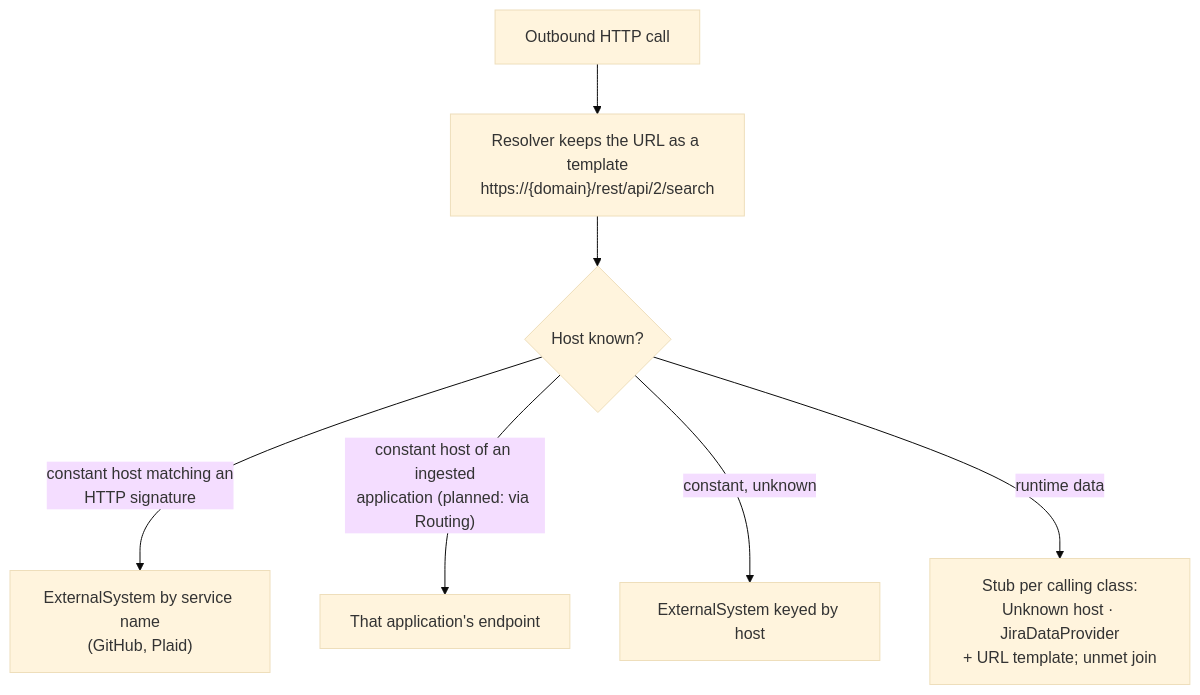
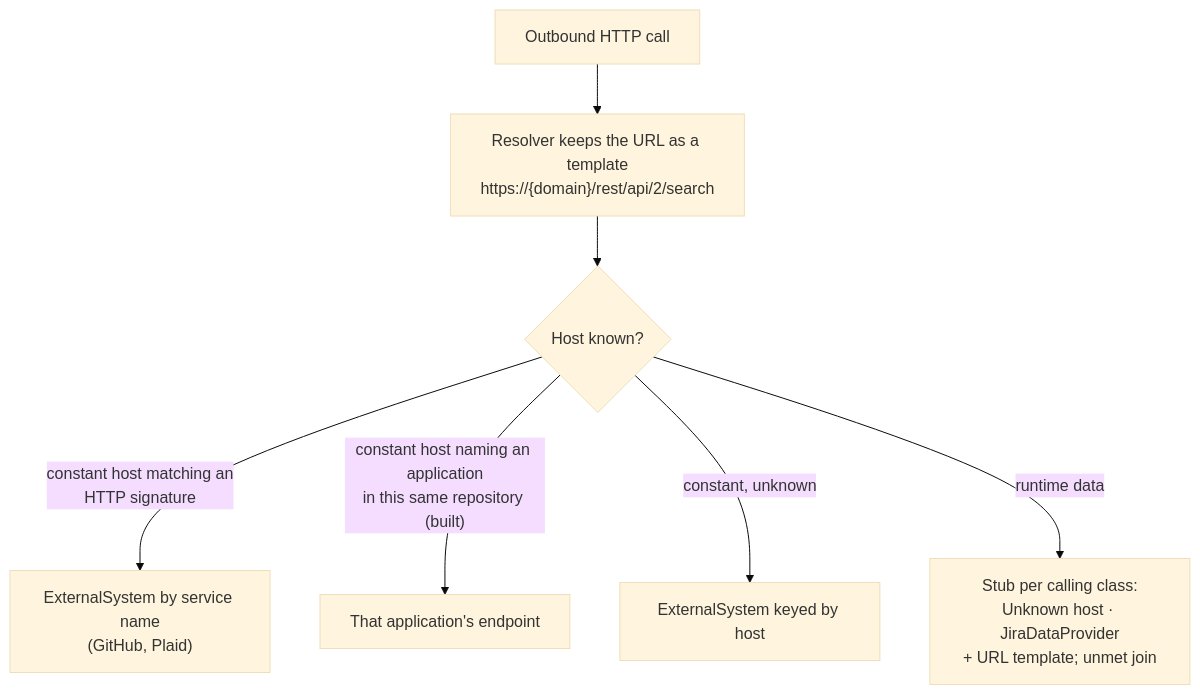
The second of 3 diagrams in docs/how-it-works/ingestion/joins.md (KBavis/steno), drawn with Mermaid (base theme) before and after one commit. The commit also changed other lines of this file and 2 other files, not shown here.

````diff
--- a/docs/how-it-works/ingestion/joins.md
+++ b/docs/how-it-works/ingestion/joins.md
@@ -49,9 +49,9 @@
 ```mermaid
 flowchart TD
     C["Outbound HTTP call"] --> T["Resolver keeps the URL as a template<br/>https://{domain}/rest/api/2/search"]
     T --> H{"Host known?"}
     H -- "constant host matching an<br/>HTTP signature" --> SIG["ExternalSystem by service name<br/>(GitHub, Plaid)"]
-    H -- "constant host of an ingested<br/>application (planned: via Routing)" --> APP["That application's endpoint"]
+    H -- "constant host naming an application<br/>in this same repository (built)" --> APP["That application's endpoint"]
     H -- "constant, unknown" --> HOST["ExternalSystem keyed by host"]
     H -- "runtime data" --> STUB["Stub per calling class:<br/>Unknown host · JiraDataProvider<br/>+ URL template; unmet join"]
 ```
````
